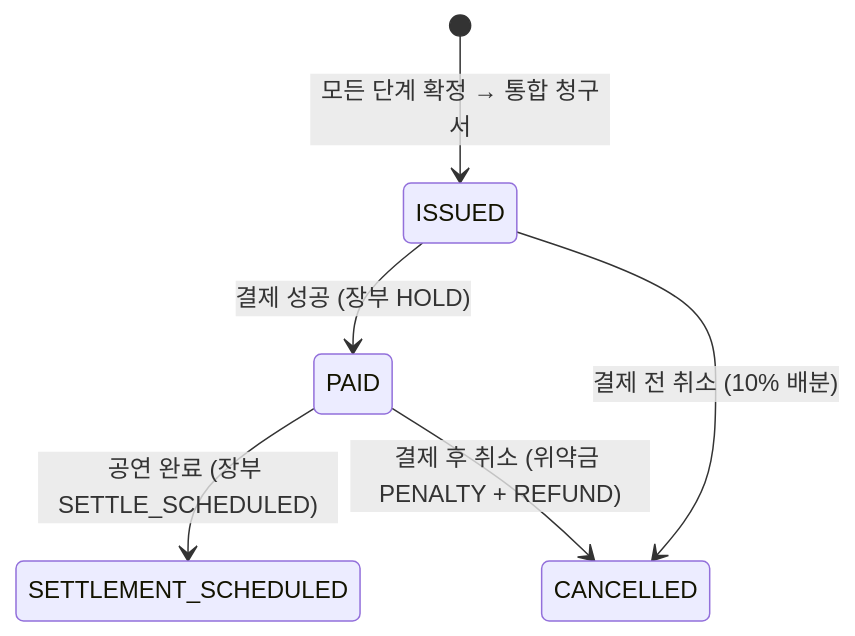
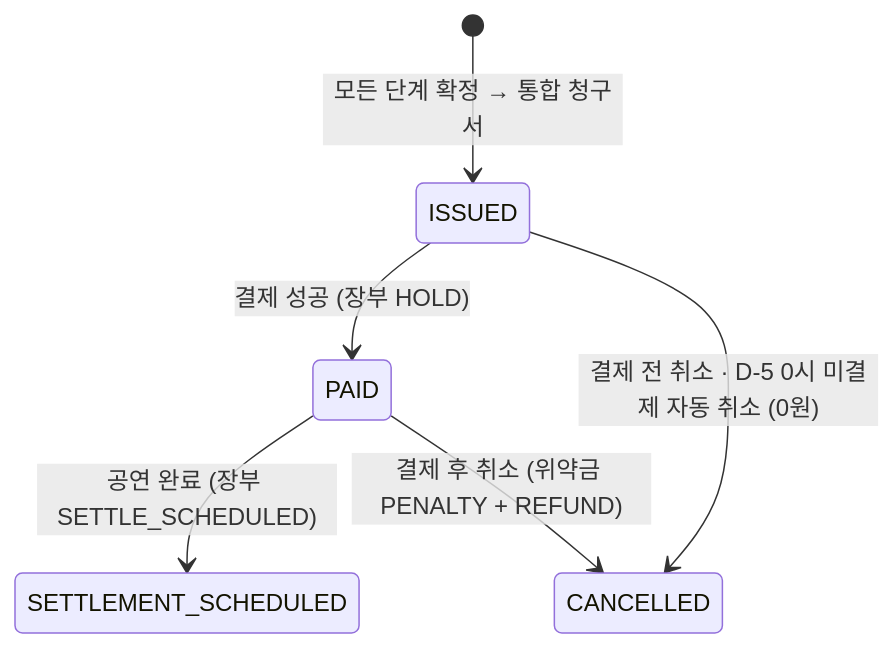
The third of 3 diagrams in specs/plan.md (KHW1003/stage-duck), drawn with Mermaid before and after one commit. The commit also changed other lines of this file and 19 other files, not shown here.

````diff
--- a/specs/plan.md
+++ b/specs/plan.md
@@ -165,8 +165,8 @@
 ```mermaid
 stateDiagram-v2
     [*] --> ISSUED: 모든 단계 확정 → 통합 청구서
     ISSUED --> PAID: 결제 성공 (장부 HOLD)
-    ISSUED --> CANCELLED: 결제 전 취소 (10% 배분)
+    ISSUED --> CANCELLED: 결제 전 취소 · D-5 0시 미결제 자동 취소 (0원)
     PAID --> SETTLEMENT_SCHEDULED: 공연 완료 (장부 SETTLE_SCHEDULED)
     PAID --> CANCELLED: 결제 후 취소 (위약금 PENALTY + REFUND)
 ```
````
